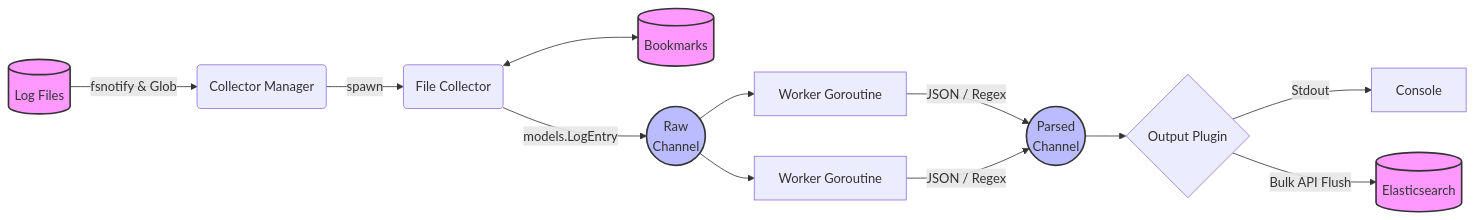
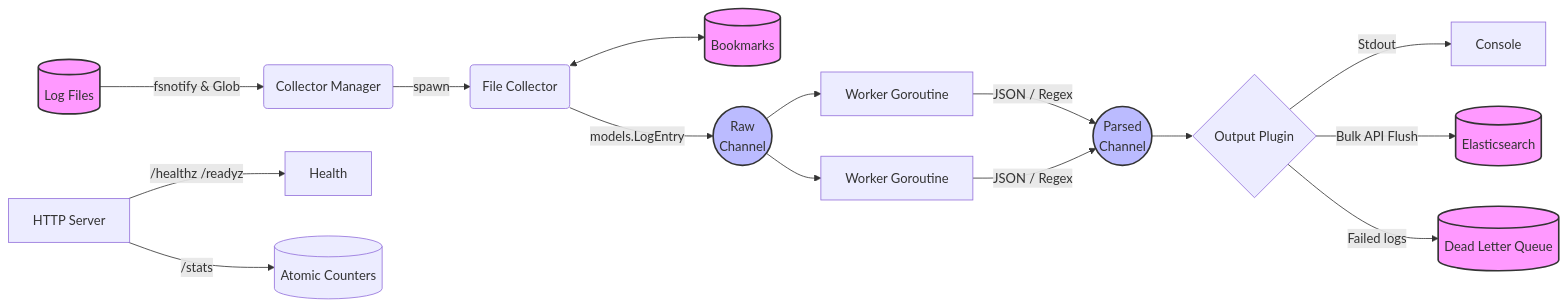
Before and after one commit to Ketan-Chaudhary/log_aggregator: the diagram in README.md, drawn with Mermaid. The commit also changed other lines of this file and 10 other files, not shown here.

First line of the commit message:
feat: add dead letter queue, internal metrics, and health endpoints

````diff
--- a/README.md
+++ b/README.md
@@ -42,23 +44,27 @@
 ```mermaid
 flowchart LR
     Files[(Log Files)] -- "fsnotify & Glob" --> Manager(Collector Manager)
     Manager -- "spawn" --> Collector(File Collector)
     Collector <--> BM[(Bookmarks)]
     Collector -- "models.LogEntry" --> RawChan((Raw\nChannel))
     
     RawChan --> Worker1[Worker Goroutine]
     RawChan --> WorkerN[Worker Goroutine]
     
     Worker1 -- "JSON / Regex" --> ParsedChan((Parsed\nChannel))
     WorkerN -- "JSON / Regex" --> ParsedChan
     
     ParsedChan --> Output{Output Plugin}
     Output -- "Stdout" --> Console
     Output -- "Bulk API Flush" --> ES[(Elasticsearch)]
+    Output -- "Failed logs" --> DLQ[(Dead Letter Queue)]
+
+    HTTP[HTTP Server] -- "/healthz /readyz" --> Health
+    HTTP -- "/stats" --> Metrics[(Atomic Counters)]
 
     %% Styling
     classDef io fill:#f9f,stroke:#333,stroke-width:2px;
     classDef channel fill:#bbf,stroke:#333,stroke-width:2px,shape:circle;
-    class Files,ES,BM io;
+    class Files,ES,BM,DLQ io;
     class RawChan,ParsedChan channel;
 ```
````
